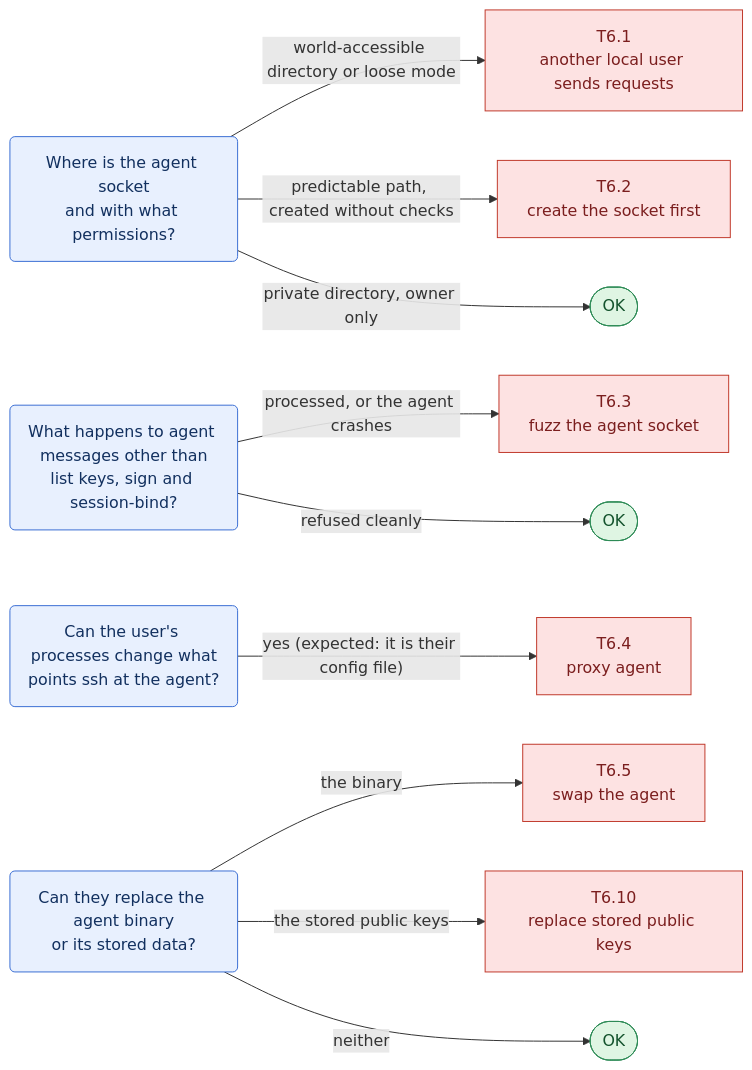
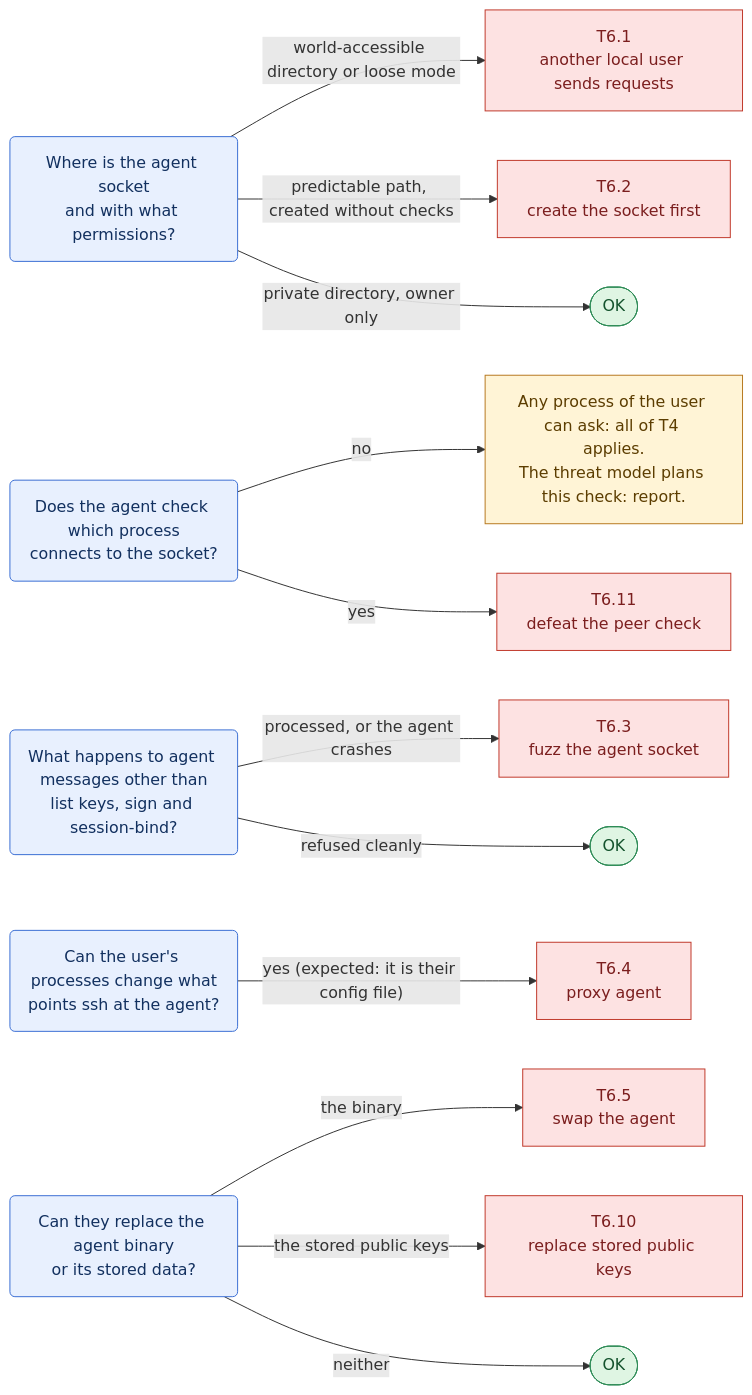
Diagram 14 of 17 in docs/red-team/README.md (Samylay/sentry-key), drawn with Mermaid before and after one commit. The commit also changed other lines of this file and 1 other file, not shown here.

First line of the commit message:
Add tests from the threat model to the red team guide (prompt P-007)

````diff
--- a/docs/red-team/README.md
+++ b/docs/red-team/README.md
@@ -570,20 +586,23 @@
 ```mermaid
 flowchart LR
   classDef q fill:#e8f0fe,stroke:#3b6fd4,color:#12305f
   classDef atk fill:#fde2e2,stroke:#c0392b,color:#7b1e1e
   classDef ok fill:#dff5e3,stroke:#2e8b57,color:#14532d
   classDef note fill:#fff4d6,stroke:#b7791f,color:#5c3d00
   q1("Where is the agent socket<br/>and with what permissions?"):::q
+  q0("Does the agent check which process<br/>connects to the socket?"):::q
   q2("What happens to agent messages other than<br/>list keys, sign and session-bind?"):::q
   q3("Can the user's processes change what<br/>points ssh at the agent?"):::q
   q4("Can they replace the agent binary<br/>or its stored data?"):::q
   q1 -->|"world-accessible directory or loose mode"| a1["T6.1<br/>another local user sends requests"]:::atk
   q1 -->|"predictable path, created without checks"| a2["T6.2<br/>create the socket first"]:::atk
   q1 -->|"private directory, owner only"| ok1(["OK"]):::ok
   q2 -->|"processed, or the agent crashes"| a3["T6.3<br/>fuzz the agent socket"]:::atk
   q2 -->|"refused cleanly"| ok2(["OK"]):::ok
   q3 -->|"yes (expected: it is their config file)"| a4["T6.4<br/>proxy agent"]:::atk
   q4 -->|"the binary"| a5["T6.5<br/>swap the agent"]:::atk
   q4 -->|"the stored public keys"| a10["T6.10<br/>replace stored public keys"]:::atk
   q4 -->|"neither"| ok3(["OK"]):::ok
+  q0 -->|"no"| n1["Any process of the user can ask: all of T4 applies.<br/>The threat model plans this check: report."]:::note
+  q0 -->|"yes"| a11["T6.11<br/>defeat the peer check"]:::atk
 ```
````
